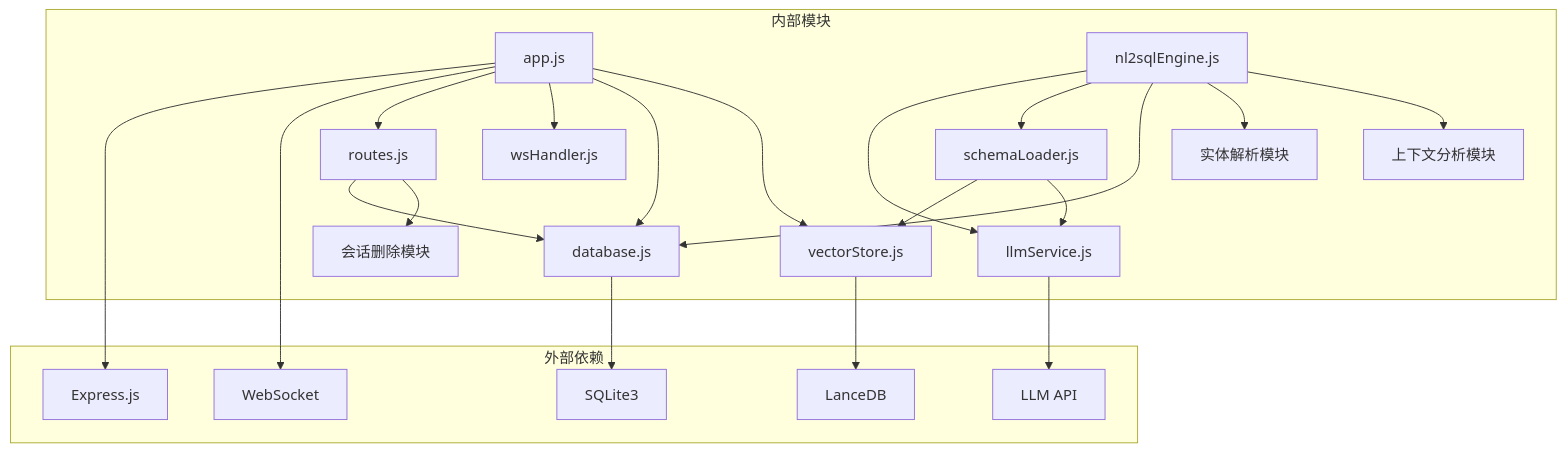
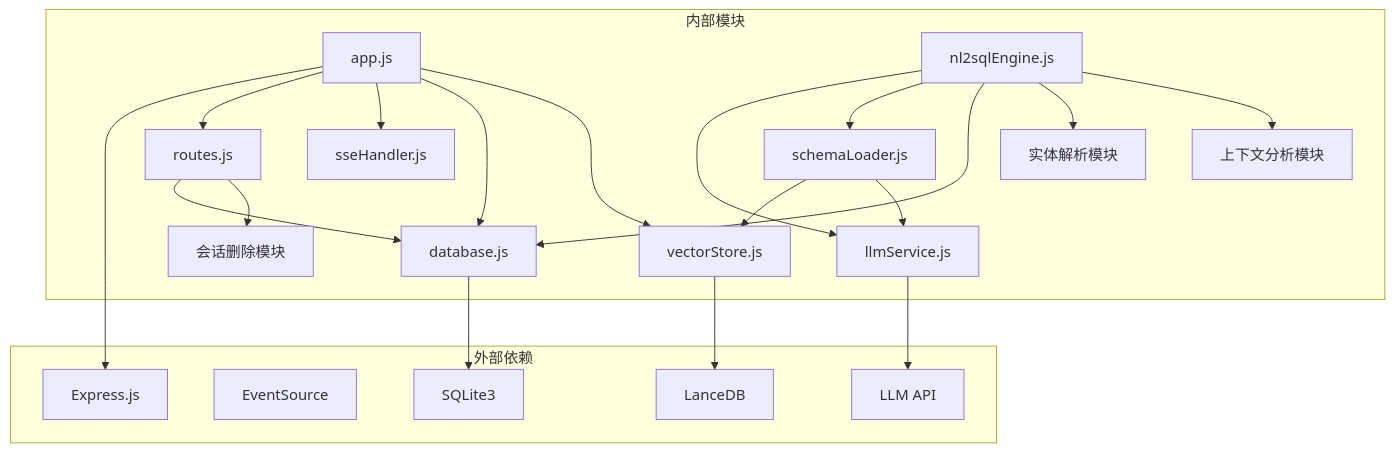
Before and after one commit to HanHuiOnLine/724-office: the tenth of 10 diagrams in .qoder/repowiki/zh/content/API参考/NL2SQL API参考.md, drawn with Mermaid. The commit also changed other lines of this file and 5 other files, not shown here.

Commit message:
websocket to sse, web ui change

````diff
--- a/.qoder/repowiki/zh/content/API参考/NL2SQL API参考.md
+++ b/.qoder/repowiki/zh/content/API参考/NL2SQL API参考.md
@@ -501,41 +524,40 @@
 ```mermaid
 graph TB
 subgraph "外部依赖"
 A[Express.js]
-B[WebSocket]
+B[EventSource]
 C[SQLite3]
 D[LanceDB]
 E[LLM API]
 end
 subgraph "内部模块"
 F[app.js]
 G[routes.js]
 H[nl2sqlEngine.js]
 I[llmService.js]
 J[schemaLoader.js]
 K[database.js]
 L[vectorStore.js]
-M[wsHandler.js]
+M[sseHandler.js]
 N[实体解析模块]
 O[上下文分析模块]
 P[会话删除模块]
 end
 F --> A
-F --> B
 F --> G
 F --> M
 F --> K
 F --> L
 G --> K
 H --> I
 H --> J
 H --> K
 H --> N
 H --> O
 I --> E
 J --> L
 J --> I
 K --> C
 L --> D
 G --> P
 ```
````
